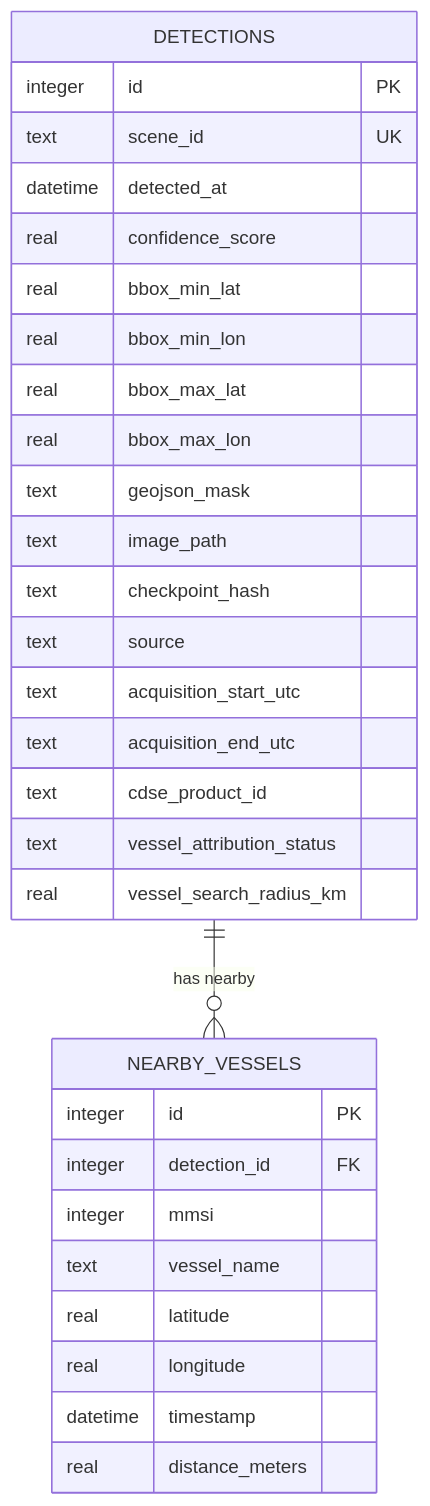
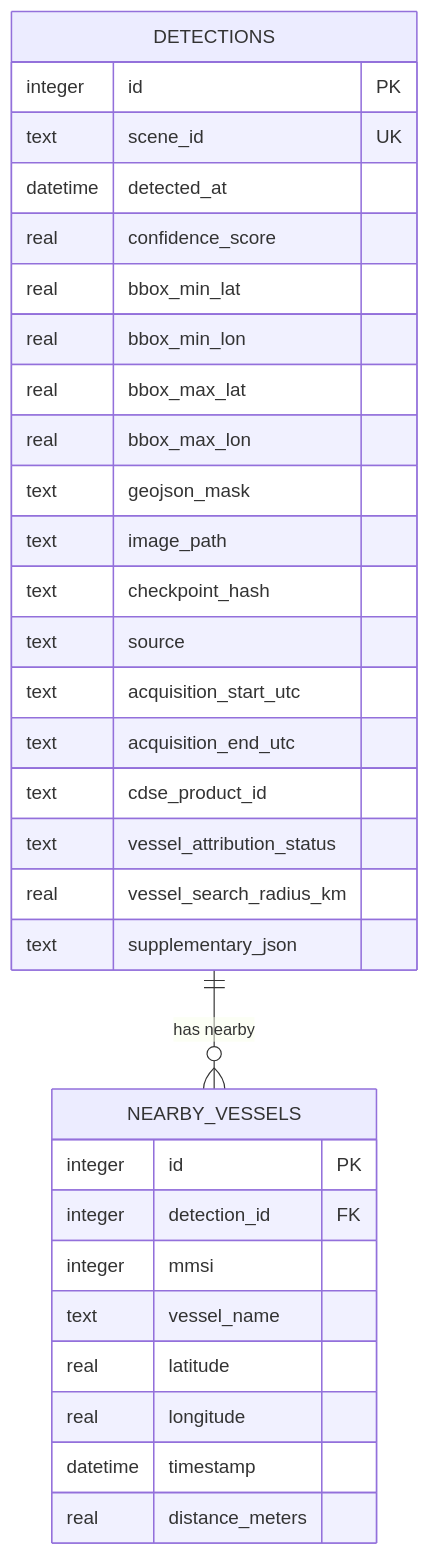
One commit to Zenzencat/Project-Pelagic changed the diagram in docs/db_schema.md. Above: the diagram before and after it, drawn with Mermaid. The commit also changed other lines of this file and 31 other files, not shown here.

````diff
--- a/docs/db_schema.md
+++ b/docs/db_schema.md
@@ -18,35 +18,36 @@
 ```mermaid
 erDiagram
   DETECTIONS ||--o{ NEARBY_VESSELS : "has nearby"
   
   DETECTIONS {
     integer id PK
     text scene_id UK
     datetime detected_at
     real confidence_score
     real bbox_min_lat
     real bbox_min_lon
     real bbox_max_lat
     real bbox_max_lon
     text geojson_mask
     text image_path
     text checkpoint_hash
     text source
     text acquisition_start_utc
     text acquisition_end_utc
     text cdse_product_id
     text vessel_attribution_status
     real vessel_search_radius_km
+    text supplementary_json
   }
 
   NEARBY_VESSELS {
     integer id PK
     integer detection_id FK
     integer mmsi
     text vessel_name
     real latitude
     real longitude
     datetime timestamp
     real distance_meters
   }
 ```
````
